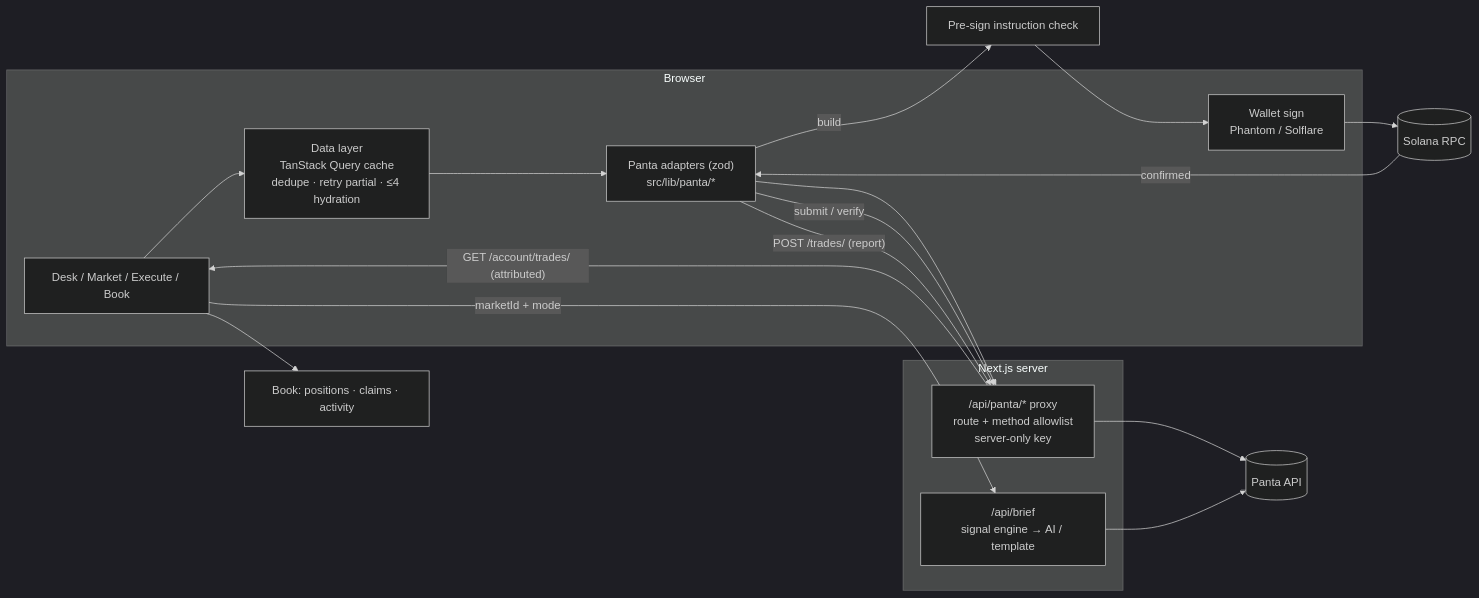
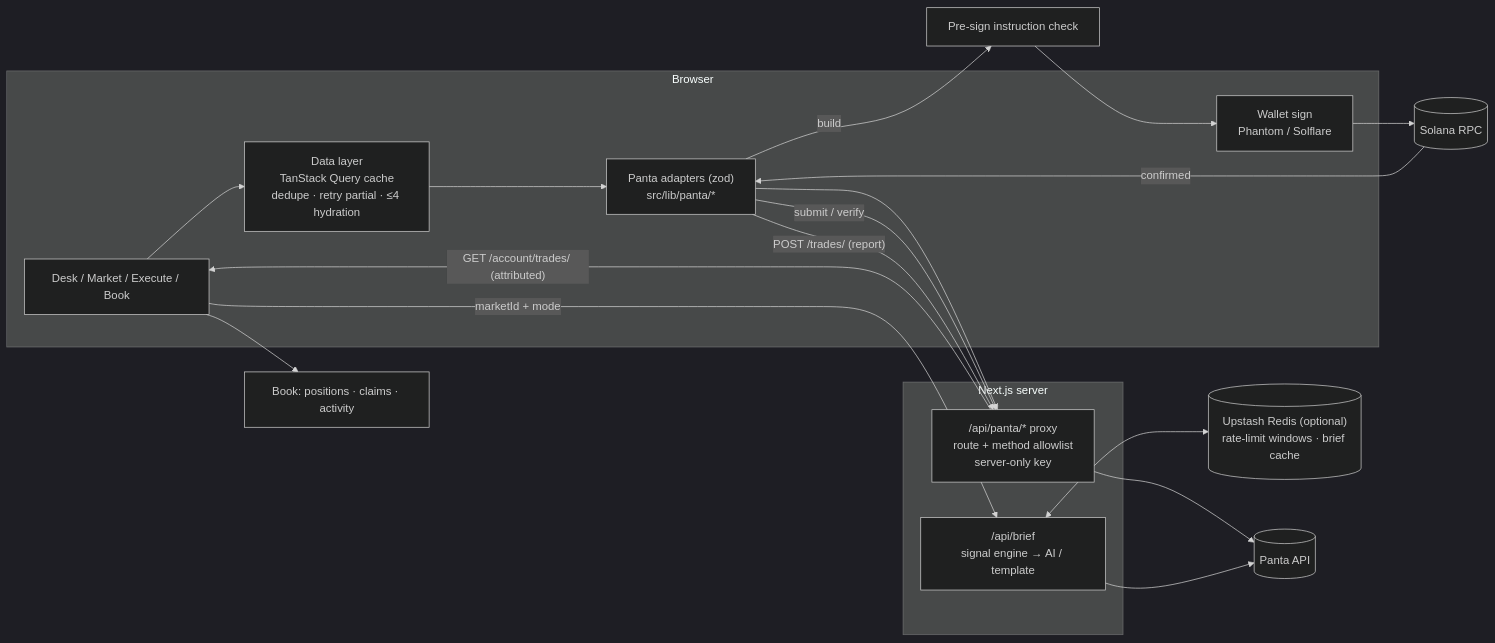
One commit to rishu4436/panta-brief-command changed the diagram in README.md. Above: the diagram before and after it, drawn with Mermaid (dark theme). The commit also changed other lines of this file and 7 other files, not shown here.

First line of the commit message:
Shared store for /api/brief: Upstash Redis rate limit + cache, in-memory fallback

````diff
--- a/README.md
+++ b/README.md
@@ -95,24 +96,26 @@
 ```mermaid
 flowchart LR
   subgraph Browser
     UI[Desk / Market / Execute / Book]
     DL["Data layer<br/>TanStack Query cache<br/>dedupe · retry partial · ≤4 hydration"]
     AD["Panta adapters (zod)<br/>src/lib/panta/*"]
     W[Wallet sign<br/>Phantom / Solflare]
   end
   subgraph Next["Next.js server"]
     PX["/api/panta/* proxy<br/>route + method allowlist<br/>server-only key"]
     BR["/api/brief<br/>signal engine → AI / template"]
   end
+  KV[("Upstash Redis (optional)<br/>rate-limit windows · brief cache")]
+  BR <--> KV
   PANTA[(Panta API)]
   SOL[(Solana RPC)]
 
   UI --> DL --> AD --> PX --> PANTA
   UI -- marketId + mode --> BR --> PANTA
   AD -- build --> CHK[Pre-sign instruction check] --> W --> SOL
   SOL -- confirmed --> AD
   AD -- submit / verify --> PX
   AD -- "POST /trades/ (report)" --> PX
   PX -- "GET /account/trades/ (attributed)" --> UI
   UI --> BOOK[Book: positions · claims · activity]
 ```
````
